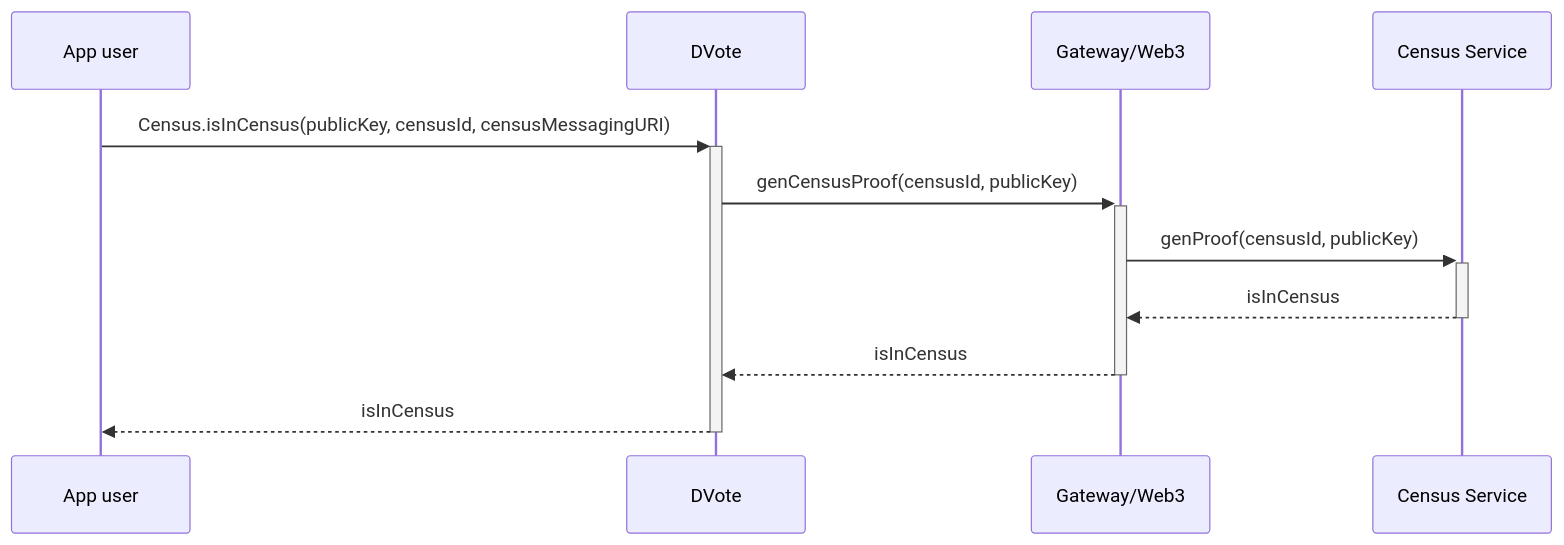
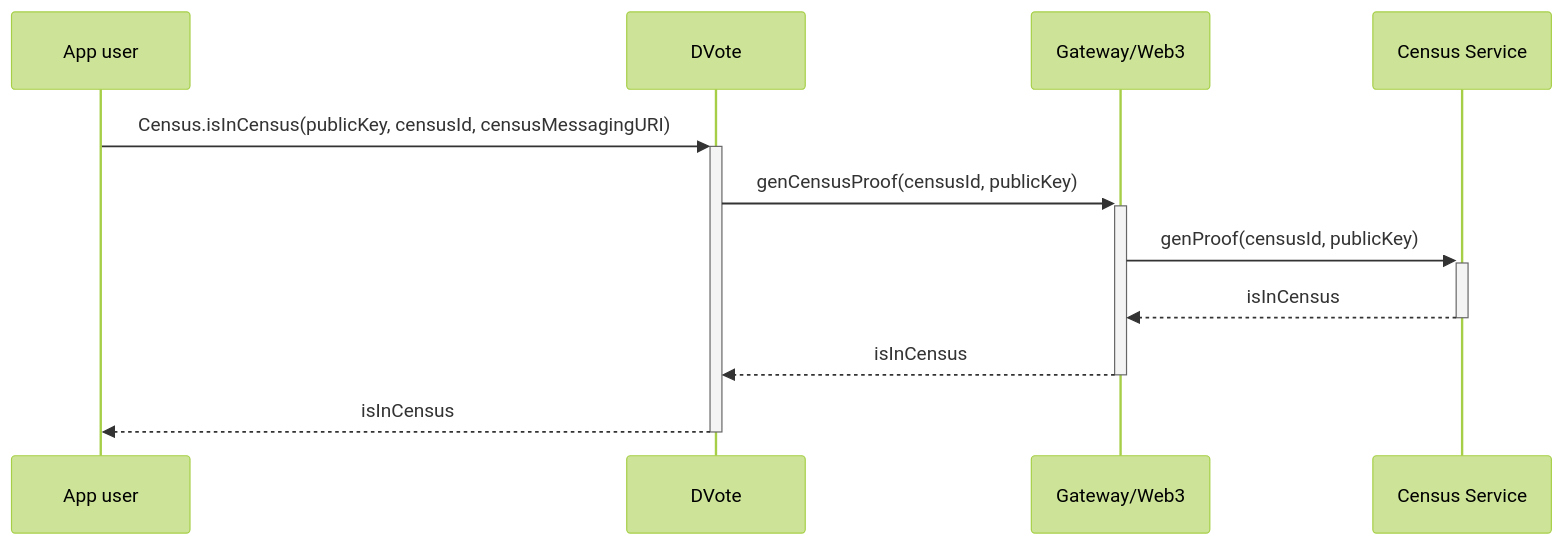
Before and after one commit to vocdoni/docs: the sixth of 10 diagrams in src/architecture/sequence-diagrams.md, drawn with Mermaid. The commit also changed other lines of this file and 1 other file, not shown here.

Commit message:
Improve mermaid sequence diagrams

````diff
--- a/src/architecture/sequence-diagrams.md
+++ b/src/architecture/sequence-diagrams.md
@@ -239,16 +241,17 @@
 ```mermaid
+%%{init: {'theme':'forest'}}%%
 sequenceDiagram
     participant App as App user
     participant DV as DVote
     participant GW as Gateway/Web3
     participant CS as Census Service
 
     App->>+DV: Census.isInCensus(publicKey, censusId, censusMessagingURI)
 
         DV->>+GW: genCensusProof(censusId, publicKey)
         GW->>+CS: genProof(censusId, publicKey)
         CS-->>-GW: isInCensus
         GW-->>-DV: isInCensus
 
     DV-->>-App: isInCensus
 ```
````
